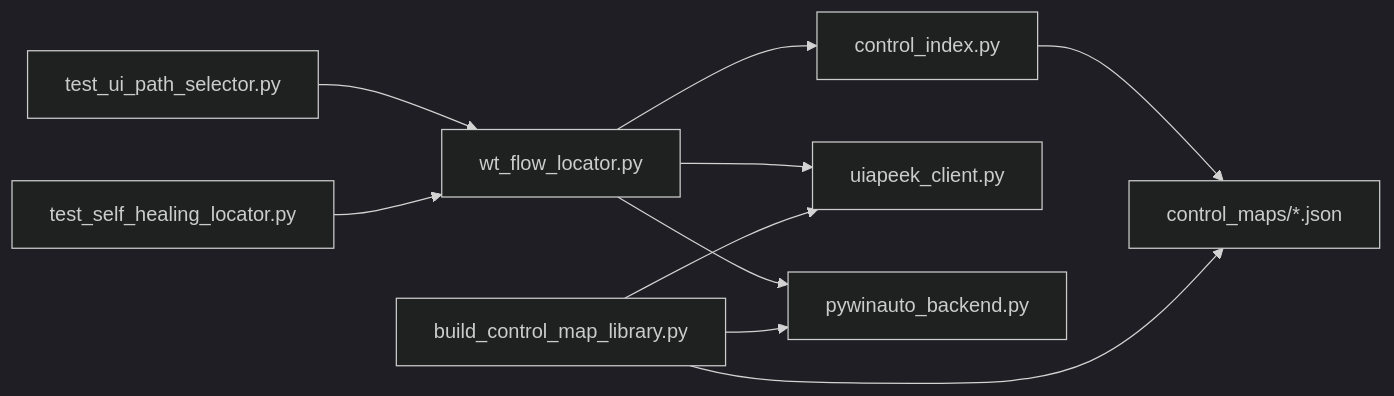
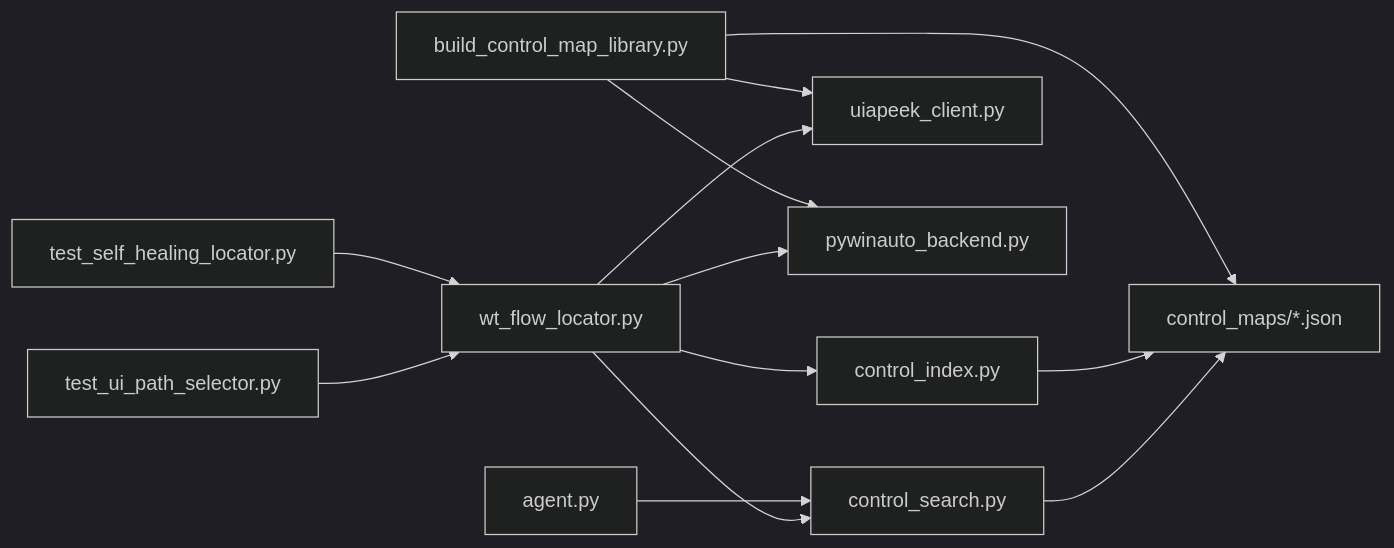
One commit to hanago33/WT_Automation changed the eighth of 8 diagrams in .qoder/repowiki/zh/content/控件定位系统/UIA控件定位器.md. Above: the diagram before and after it, drawn with Mermaid (dark theme). The commit also changed other lines of this file and 247 other files, not shown here.

````diff
--- a/.qoder/repowiki/zh/content/控件定位系统/UIA控件定位器.md
+++ b/.qoder/repowiki/zh/content/控件定位系统/UIA控件定位器.md
@@ -241,12 +327,15 @@
 ```mermaid
 graph LR
 LOC["wt_flow_locator.py"] --> IDX["control_index.py"]
 LOC --> UIC["uiapeek_client.py"]
 LOC --> PWA["pywinauto_backend.py"]
-IDX --> LIB["control_maps/*.json"]
+LOC --> CS["control_search.py"]
+CS --> LIB["control_maps/*.json"]
+AG["agent.py"] --> CS
+IDX --> LIB
 TST1["test_ui_path_selector.py"] --> LOC
 TST2["test_self_healing_locator.py"] --> LOC
 BCL["build_control_map_library.py"] --> LIB
 BCL --> UIC
 BCL --> PWA
 ```
````
